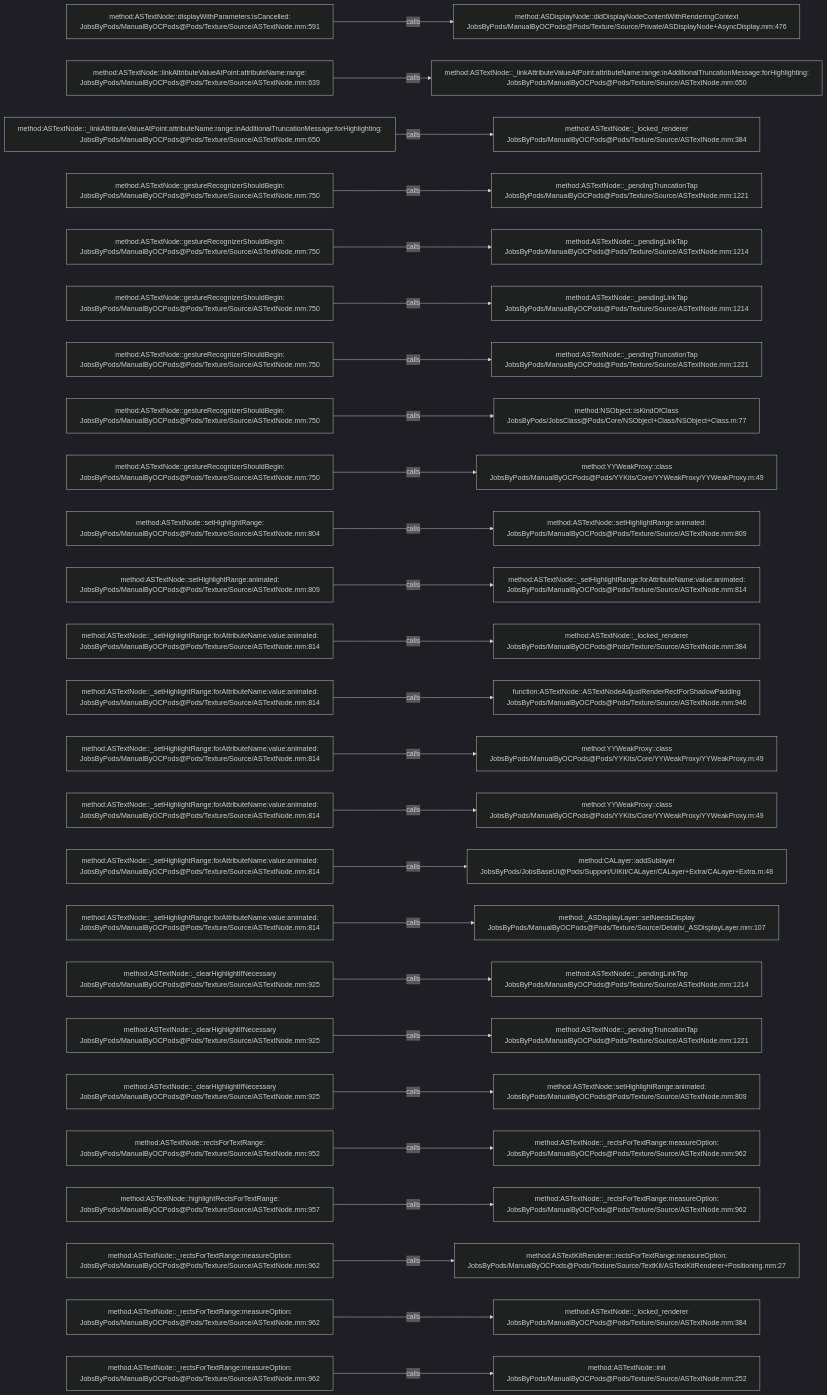
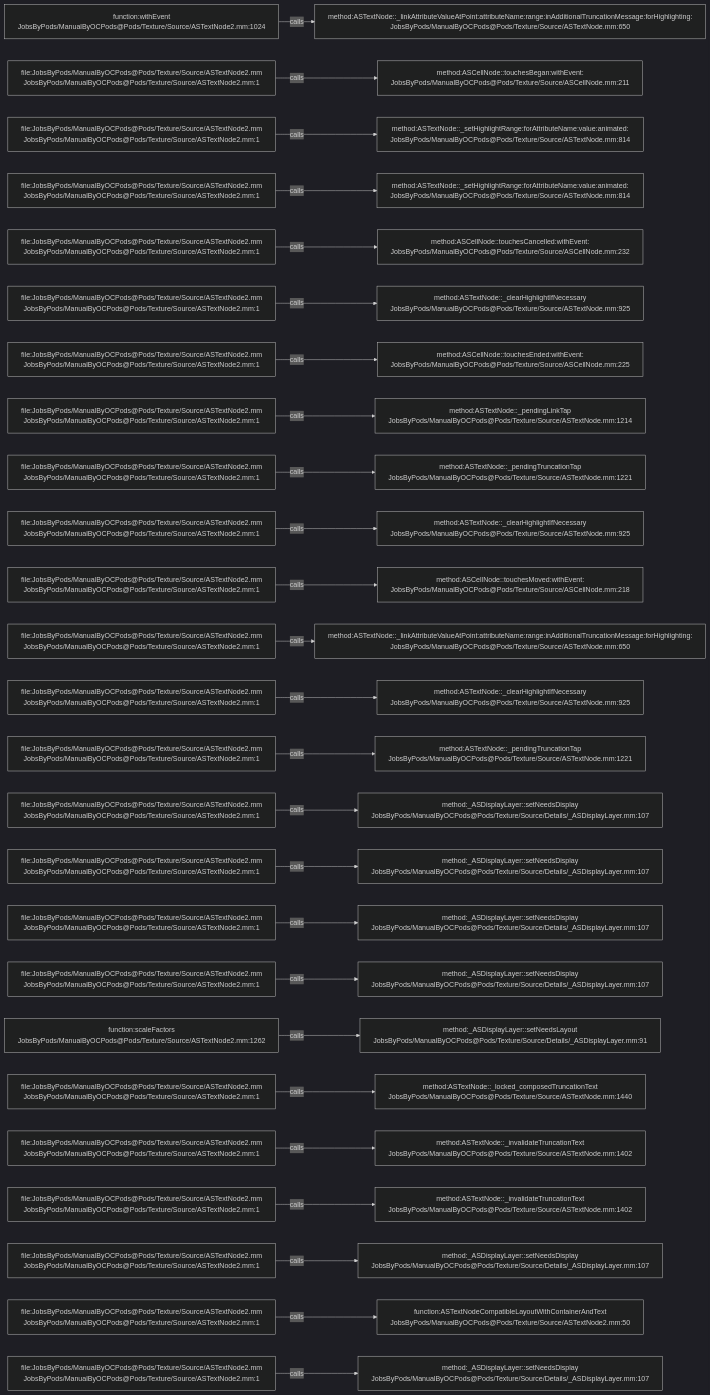
The diagram in .codegraph/codegraph.md/graphs/calls-143.md (JobsKits/JobsOCBaseConfigDemo), drawn with Mermaid (dark theme) before and after one commit. The commit also changed 1223 other files, not shown here.

````diff
--- a/.codegraph/codegraph.md/graphs/calls-143.md
+++ b/.codegraph/codegraph.md/graphs/calls-143.md
@@ -13,78 +13,78 @@
 ```mermaid
 flowchart LR
-  S1["method:ASTextNode::displayWithParameters:isCancelled:<br/>JobsByPods/ManualByOCPods@Pods/Texture/Source/ASTextNode.mm:591"]
-  T1["method:ASDisplayNode::didDisplayNodeContentWithRenderingContext<br/>JobsByPods/ManualByOCPods@Pods/Texture/Source/Private/ASDisplayNode+AsyncDisplay.mm:476"]
+  S1["function:withEvent<br/>JobsByPods/ManualByOCPods@Pods/Texture/Source/ASTextNode2.mm:1024"]
+  T1["method:ASTextNode::_linkAttributeValueAtPoint:attributeName:range:inAdditionalTruncationMessage:forHighlighting:<br/>JobsByPods/ManualByOCPods@Pods/Texture/Source/ASTextNode.mm:650"]
   S1 -->|calls| T1
-  S2["method:ASTextNode::linkAttributeValueAtPoint:attributeName:range:<br/>JobsByPods/ManualByOCPods@Pods/Texture/Source/ASTextNode.mm:639"]
-  T2["method:ASTextNode::_linkAttributeValueAtPoint:attributeName:range:inAdditionalTruncationMessage:forHighlighting:<br/>JobsByPods/ManualByOCPods@Pods/Texture/Source/ASTextNode.mm:650"]
+  S2["file:JobsByPods/ManualByOCPods@Pods/Texture/Source/ASTextNode2.mm<br/>JobsByPods/ManualByOCPods@Pods/Texture/Source/ASTextNode2.mm:1"]
+  T2["method:ASCellNode::touchesBegan:withEvent:<br/>JobsByPods/ManualByOCPods@Pods/Texture/Source/ASCellNode.mm:211"]
   S2 -->|calls| T2
-  S3["method:ASTextNode::_linkAttributeValueAtPoint:attributeName:range:inAdditionalTruncationMessage:forHighlighting:<br/>JobsByPods/ManualByOCPods@Pods/Texture/Source/ASTextNode.mm:650"]
-  T3["method:ASTextNode::_locked_renderer<br/>JobsByPods/ManualByOCPods@Pods/Texture/Source/ASTextNode.mm:384"]
+  S3["file:JobsByPods/ManualByOCPods@Pods/Texture/Source/ASTextNode2.mm<br/>JobsByPods/ManualByOCPods@Pods/Texture/Source/ASTextNode2.mm:1"]
+  T3["method:ASTextNode::_setHighlightRange:forAttributeName:value:animated:<br/>JobsByPods/ManualByOCPods@Pods/Texture/Source/ASTextNode.mm:814"]
   S3 -->|calls| T3
-  S4["method:ASTextNode::gestureRecognizerShouldBegin:<br/>JobsByPods/ManualByOCPods@Pods/Texture/Source/ASTextNode.mm:750"]
-  T4["method:ASTextNode::_pendingTruncationTap<br/>JobsByPods/ManualByOCPods@Pods/Texture/Source/ASTextNode.mm:1221"]
+  S4["file:JobsByPods/ManualByOCPods@Pods/Texture/Source/ASTextNode2.mm<br/>JobsByPods/ManualByOCPods@Pods/Texture/Source/ASTextNode2.mm:1"]
+  T4["method:ASTextNode::_setHighlightRange:forAttributeName:value:animated:<br/>JobsByPods/ManualByOCPods@Pods/Texture/Source/ASTextNode.mm:814"]
   S4 -->|calls| T4
-  S5["method:ASTextNode::gestureRecognizerShouldBegin:<br/>JobsByPods/ManualByOCPods@Pods/Texture/Source/ASTextNode.mm:750"]
-  T5["method:ASTextNode::_pendingLinkTap<br/>JobsByPods/ManualByOCPods@Pods/Texture/Source/ASTextNode.mm:1214"]
+  S5["file:JobsByPods/ManualByOCPods@Pods/Texture/Source/ASTextNode2.mm<br/>JobsByPods/ManualByOCPods@Pods/Texture/Source/ASTextNode2.mm:1"]
+  T5["method:ASCellNode::touchesCancelled:withEvent:<br/>JobsByPods/ManualByOCPods@Pods/Texture/Source/ASCellNode.mm:232"]
   S5 -->|calls| T5
-  S6["method:ASTextNode::gestureRecognizerShouldBegin:<br/>JobsByPods/ManualByOCPods@Pods/Texture/Source/ASTextNode.mm:750"]
-  T6["method:ASTextNode::_pendingLinkTap<br/>JobsByPods/ManualByOCPods@Pods/Texture/Source/ASTextNode.mm:1214"]
+  S6["file:JobsByPods/ManualByOCPods@Pods/Texture/Source/ASTextNode2.mm<br/>JobsByPods/ManualByOCPods@Pods/Texture/Source/ASTextNode2.mm:1"]
+  T6["method:ASTextNode::_clearHighlightIfNecessary<br/>JobsByPods/ManualByOCPods@Pods/Texture/Source/ASTextNode.mm:925"]
   S6 -->|calls| T6
-  S7["method:ASTextNode::gestureRecognizerShouldBegin:<br/>JobsByPods/ManualByOCPods@Pods/Texture/Source/ASTextNode.mm:750"]
-  T7["method:ASTextNode::_pendingTruncationTap<br/>JobsByPods/ManualByOCPods@Pods/Texture/Source/ASTextNode.mm:1221"]
+  S7["file:JobsByPods/ManualByOCPods@Pods/Texture/Source/ASTextNode2.mm<br/>JobsByPods/ManualByOCPods@Pods/Texture/Source/ASTextNode2.mm:1"]
+  T7["method:ASCellNode::touchesEnded:withEvent:<br/>JobsByPods/ManualByOCPods@Pods/Texture/Source/ASCellNode.mm:225"]
   S7 -->|calls| T7
-  S8["method:ASTextNode::gestureRecognizerShouldBegin:<br/>JobsByPods/ManualByOCPods@Pods/Texture/Source/ASTextNode.mm:750"]
-  T8["method:NSObject::isKindOfClass<br/>JobsByPods/JobsClass@Pods/Core/NSObject+Class/NSObject+Class.m:77"]
+  S8["file:JobsByPods/ManualByOCPods@Pods/Texture/Source/ASTextNode2.mm<br/>JobsByPods/ManualByOCPods@Pods/Texture/Source/ASTextNode2.mm:1"]
+  T8["method:ASTextNode::_pendingLinkTap<br/>JobsByPods/ManualByOCPods@Pods/Texture/Source/ASTextNode.mm:1214"]
   S8 -->|calls| T8
-  S9["method:ASTextNode::gestureRecognizerShouldBegin:<br/>JobsByPods/ManualByOCPods@Pods/Texture/Source/ASTextNode.mm:750"]
-  T9["method:YYWeakProxy::class<br/>JobsByPods/ManualByOCPods@Pods/YYKits/Core/YYWeakProxy/YYWeakProxy.m:49"]
+  S9["file:JobsByPods/ManualByOCPods@Pods/Texture/Source/ASTextNode2.mm<br/>JobsByPods/ManualByOCPods@Pods/Texture/Source/ASTextNode2.mm:1"]
+  T9["method:ASTextNode::_pendingTruncationTap<br/>JobsByPods/ManualByOCPods@Pods/Texture/Source/ASTextNode.mm:1221"]
   S9 -->|calls| T9
-  S10["method:ASTextNode::setHighlightRange:<br/>JobsByPods/ManualByOCPods@Pods/Texture/Source/ASTextNode.mm:804"]
-  T10["method:ASTextNode::setHighlightRange:animated:<br/>JobsByPods/ManualByOCPods@Pods/Texture/Source/ASTextNode.mm:809"]
+  S10["file:JobsByPods/ManualByOCPods@Pods/Texture/Source/ASTextNode2.mm<br/>JobsByPods/ManualByOCPods@Pods/Texture/Source/ASTextNode2.mm:1"]
+  T10["method:ASTextNode::_clearHighlightIfNecessary<br/>JobsByPods/ManualByOCPods@Pods/Texture/Source/ASTextNode.mm:925"]
   S10 -->|calls| T10
-  S11["method:ASTextNode::setHighlightRange:animated:<br/>JobsByPods/ManualByOCPods@Pods/Texture/Source/ASTextNode.mm:809"]
-  T11["method:ASTextNode::_setHighlightRange:forAttributeName:value:animated:<br/>JobsByPods/ManualByOCPods@Pods/Texture/Source/ASTextNode.mm:814"]
+  S11["file:JobsByPods/ManualByOCPods@Pods/Texture/Source/ASTextNode2.mm<br/>JobsByPods/ManualByOCPods@Pods/Texture/Source/ASTextNode2.mm:1"]
+  T11["method:ASCellNode::touchesMoved:withEvent:<br/>JobsByPods/ManualByOCPods@Pods/Texture/Source/ASCellNode.mm:218"]
   S11 -->|calls| T11
-  S12["method:ASTextNode::_setHighlightRange:forAttributeName:value:animated:<br/>JobsByPods/ManualByOCPods@Pods/Texture/Source/ASTextNode.mm:814"]
-  T12["method:ASTextNode::_locked_renderer<br/>JobsByPods/ManualByOCPods@Pods/Texture/Source/ASTextNode.mm:384"]
+  S12["file:JobsByPods/ManualByOCPods@Pods/Texture/Source/ASTextNode2.mm<br/>JobsByPods/ManualByOCPods@Pods/Texture/Source/ASTextNode2.mm:1"]
+  T12["method:ASTextNode::_linkAttributeValueAtPoint:attributeName:range:inAdditionalTruncationMessage:forHighlighting:<br/>JobsByPods/ManualByOCPods@Pods/Texture/Source/ASTextNode.mm:650"]
   S12 -->|calls| T12
-  S13["method:ASTextNode::_setHighlightRange:forAttributeName:value:animated:<br/>JobsByPods/ManualByOCPods@Pods/Texture/Source/ASTextNode.mm:814"]
-  T13["function:ASTextNode::ASTextNodeAdjustRenderRectForShadowPadding<br/>JobsByPods/ManualByOCPods@Pods/Texture/Source/ASTextNode.mm:946"]
+  S13["file:JobsByPods/ManualByOCPods@Pods/Texture/Source/ASTextNode2.mm<br/>JobsByPods/ManualByOCPods@Pods/Texture/Source/ASTextNode2.mm:1"]
+  T13["method:ASTextNode::_clearHighlightIfNecessary<br/>JobsByPods/ManualByOCPods@Pods/Texture/Source/ASTextNode.mm:925"]
   S13 -->|calls| T13
-  S14["method:ASTextNode::_setHighlightRange:forAttributeName:value:animated:<br/>JobsByPods/ManualByOCPods@Pods/Texture/Source/ASTextNode.mm:814"]
-  T14["method:YYWeakProxy::class<br/>JobsByPods/ManualByOCPods@Pods/YYKits/Core/YYWeakProxy/YYWeakProxy.m:49"]
+  S14["file:JobsByPods/ManualByOCPods@Pods/Texture/Source/ASTextNode2.mm<br/>JobsByPods/ManualByOCPods@Pods/Texture/Source/ASTextNode2.mm:1"]
+  T14["method:ASTextNode::_pendingTruncationTap<br/>JobsByPods/ManualByOCPods@Pods/Texture/Source/ASTextNode.mm:1221"]
   S14 -->|calls| T14
-  S15["method:ASTextNode::_setHighlightRange:forAttributeName:value:animated:<br/>JobsByPods/ManualByOCPods@Pods/Texture/Source/ASTextNode.mm:814"]
-  T15["method:YYWeakProxy::class<br/>JobsByPods/ManualByOCPods@Pods/YYKits/Core/YYWeakProxy/YYWeakProxy.m:49"]
+  S15["file:JobsByPods/ManualByOCPods@Pods/Texture/Source/ASTextNode2.mm<br/>JobsByPods/ManualByOCPods@Pods/Texture/Source/ASTextNode2.mm:1"]
+  T15["method:_ASDisplayLayer::setNeedsDisplay<br/>JobsByPods/ManualByOCPods@Pods/Texture/Source/Details/_ASDisplayLayer.mm:107"]
   S15 -->|calls| T15
-  S16["method:ASTextNode::_setHighlightRange:forAttributeName:value:animated:<br/>JobsByPods/ManualByOCPods@Pods/Texture/Source/ASTextNode.mm:814"]
-  T16["method:CALayer::addSublayer<br/>JobsByPods/JobsBaseUI@Pods/Support/UIKit/CALayer/CALayer+Extra/CALayer+Extra.m:48"]
+  S16["file:JobsByPods/ManualByOCPods@Pods/Texture/Source/ASTextNode2.mm<br/>JobsByPods/ManualByOCPods@Pods/Texture/Source/ASTextNode2.mm:1"]
+  T16["method:_ASDisplayLayer::setNeedsDisplay<br/>JobsByPods/ManualByOCPods@Pods/Texture/Source/Details/_ASDisplayLayer.mm:107"]
   S16 -->|calls| T16
-  S17["method:ASTextNode::_setHighlightRange:forAttributeName:value:animated:<br/>JobsByPods/ManualByOCPods@Pods/Texture/Source/ASTextNode.mm:814"]
+  S17["file:JobsByPods/ManualByOCPods@Pods/Texture/Source/ASTextNode2.mm<br/>JobsByPods/ManualByOCPods@Pods/Texture/Source/ASTextNode2.mm:1"]
   T17["method:_ASDisplayLayer::setNeedsDisplay<br/>JobsByPods/ManualByOCPods@Pods/Texture/Source/Details/_ASDisplayLayer.mm:107"]
   S17 -->|calls| T17
-  S18["method:ASTextNode::_clearHighlightIfNecessary<br/>JobsByPods/ManualByOCPods@Pods/Texture/Source/ASTextNode.mm:925"]
-  T18["method:ASTextNode::_pendingLinkTap<br/>JobsByPods/ManualByOCPods@Pods/Texture/Source/ASTextNode.mm:1214"]
+  S18["file:JobsByPods/ManualByOCPods@Pods/Texture/Source/ASTextNode2.mm<br/>JobsByPods/ManualByOCPods@Pods/Texture/Source/ASTextNode2.mm:1"]
+  T18["method:_ASDisplayLayer::setNeedsDisplay<br/>JobsByPods/ManualByOCPods@Pods/Texture/Source/Details/_ASDisplayLayer.mm:107"]
   S18 -->|calls| T18
-  S19["method:ASTextNode::_clearHighlightIfNecessary<br/>JobsByPods/ManualByOCPods@Pods/Texture/Source/ASTextNode.mm:925"]
-  T19["method:ASTextNode::_pendingTruncationTap<br/>JobsByPods/ManualByOCPods@Pods/Texture/Source/ASTextNode.mm:1221"]
+  S19["function:scaleFactors<br/>JobsByPods/ManualByOCPods@Pods/Texture/Source/ASTextNode2.mm:1262"]
+  T19["method:_ASDisplayLayer::setNeedsLayout<br/>JobsByPods/ManualByOCPods@Pods/Texture/Source/Details/_ASDisplayLayer.mm:91"]
   S19 -->|calls| T19
-  S20["method:ASTextNode::_clearHighlightIfNecessary<br/>JobsByPods/ManualByOCPods@Pods/Texture/Source/ASTextNode.mm:925"]
-  T20["method:ASTextNode::setHighlightRange:animated:<br/>JobsByPods/ManualByOCPods@Pods/Texture/Source/ASTextNode.mm:809"]
+  S20["file:JobsByPods/ManualByOCPods@Pods/Texture/Source/ASTextNode2.mm<br/>JobsByPods/ManualByOCPods@Pods/Texture/Source/ASTextNode2.mm:1"]
+  T20["method:ASTextNode::_locked_composedTruncationText<br/>JobsByPods/ManualByOCPods@Pods/Texture/Source/ASTextNode.mm:1440"]
   S20 -->|calls| T20
-  S21["method:ASTextNode::rectsForTextRange:<br/>JobsByPods/ManualByOCPods@Pods/Texture/Source/ASTextNode.mm:952"]
-  T21["method:ASTextNode::_rectsForTextRange:measureOption:<br/>JobsByPods/ManualByOCPods@Pods/Texture/Source/ASTextNode.mm:962"]
+  S21["file:JobsByPods/ManualByOCPods@Pods/Texture/Source/ASTextNode2.mm<br/>JobsByPods/ManualByOCPods@Pods/Texture/Source/ASTextNode2.mm:1"]
+  T21["method:ASTextNode::_invalidateTruncationText<br/>JobsByPods/ManualByOCPods@Pods/Texture/Source/ASTextNode.mm:1402"]
   S21 -->|calls| T21
-  S22["method:ASTextNode::highlightRectsForTextRange:<br/>JobsByPods/ManualByOCPods@Pods/Texture/Source/ASTextNode.mm:957"]
-  T22["method:ASTextNode::_rectsForTextRange:measureOption:<br/>JobsByPods/ManualByOCPods@Pods/Texture/Source/ASTextNode.mm:962"]
+  S22["file:JobsByPods/ManualByOCPods@Pods/Texture/Source/ASTextNode2.mm<br/>JobsByPods/ManualByOCPods@Pods/Texture/Source/ASTextNode2.mm:1"]
+  T22["method:ASTextNode::_invalidateTruncationText<br/>JobsByPods/ManualByOCPods@Pods/Texture/Source/ASTextNode.mm:1402"]
   S22 -->|calls| T22
-  S23["method:ASTextNode::_rectsForTextRange:measureOption:<br/>JobsByPods/ManualByOCPods@Pods/Texture/Source/ASTextNode.mm:962"]
-  T23["method:ASTextKitRenderer::rectsForTextRange:measureOption:<br/>JobsByPods/ManualByOCPods@Pods/Texture/Source/TextKit/ASTextKitRenderer+Positioning.mm:27"]
+  S23["file:JobsByPods/ManualByOCPods@Pods/Texture/Source/ASTextNode2.mm<br/>JobsByPods/ManualByOCPods@Pods/Texture/Source/ASTextNode2.mm:1"]
+  T23["method:_ASDisplayLayer::setNeedsDisplay<br/>JobsByPods/ManualByOCPods@Pods/Texture/Source/Details/_ASDisplayLayer.mm:107"]
   S23 -->|calls| T23
-  S24["method:ASTextNode::_rectsForTextRange:measureOption:<br/>JobsByPods/ManualByOCPods@Pods/Texture/Source/ASTextNode.mm:962"]
-  T24["method:ASTextNode::_locked_renderer<br/>JobsByPods/ManualByOCPods@Pods/Texture/Source/ASTextNode.mm:384"]
+  S24["file:JobsByPods/ManualByOCPods@Pods/Texture/Source/ASTextNode2.mm<br/>JobsByPods/ManualByOCPods@Pods/Texture/Source/ASTextNode2.mm:1"]
+  T24["function:ASTextNodeCompatibleLayoutWithContainerAndText<br/>JobsByPods/ManualByOCPods@Pods/Texture/Source/ASTextNode2.mm:50"]
   S24 -->|calls| T24
-  S25["method:ASTextNode::_rectsForTextRange:measureOption:<br/>JobsByPods/ManualByOCPods@Pods/Texture/Source/ASTextNode.mm:962"]
-  T25["method:ASTextNode::init<br/>JobsByPods/ManualByOCPods@Pods/Texture/Source/ASTextNode.mm:252"]
+  S25["file:JobsByPods/ManualByOCPods@Pods/Texture/Source/ASTextNode2.mm<br/>JobsByPods/ManualByOCPods@Pods/Texture/Source/ASTextNode2.mm:1"]
+  T25["method:_ASDisplayLayer::setNeedsDisplay<br/>JobsByPods/ManualByOCPods@Pods/Texture/Source/Details/_ASDisplayLayer.mm:107"]
   S25 -->|calls| T25
 ```
````
